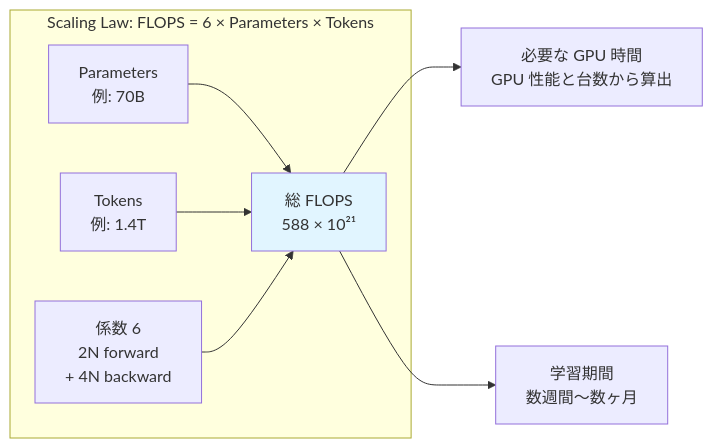
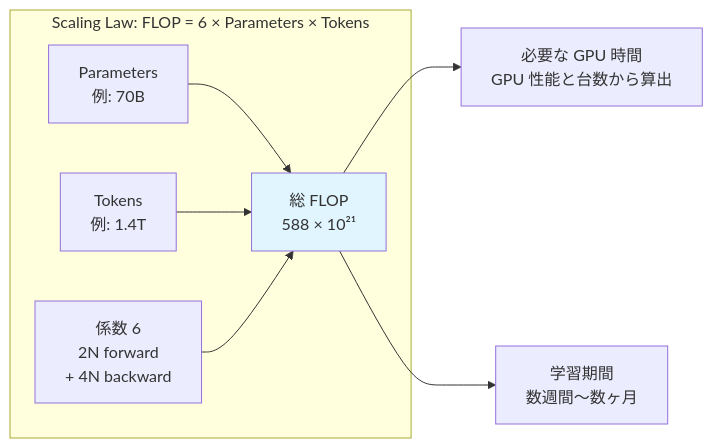
The second of 4 diagrams in books/distributed-experiment-collection/background.md (littlemex/zenn), drawn with Mermaid before and after one commit. The commit also changed other lines of this file, not shown here.

````diff
--- a/books/distributed-experiment-collection/background.md
+++ b/books/distributed-experiment-collection/background.md
@@ -268,13 +272,13 @@
 ```mermaid
 graph LR
-    subgraph "Scaling Law: FLOPS = 6 × Parameters × Tokens"
-    A[Parameters<br/>例: 70B] --> D[総 FLOPS<br/>588 × 10²¹]
+    subgraph "Scaling Law: FLOP = 6 × Parameters × Tokens"
+    A[Parameters<br/>例: 70B] --> D[総 FLOP<br/>588 × 10²¹]
     B[Tokens<br/>例: 1.4T] --> D
     C[係数 6<br/>2N forward<br/>+ 4N backward] --> D
     end
     
     D --> E[必要な GPU 時間<br/>GPU 性能と台数から算出]
     D --> F[学習期間<br/>数週間〜数ヶ月]
     
     style D fill:#e1f5ff
 ```
````
